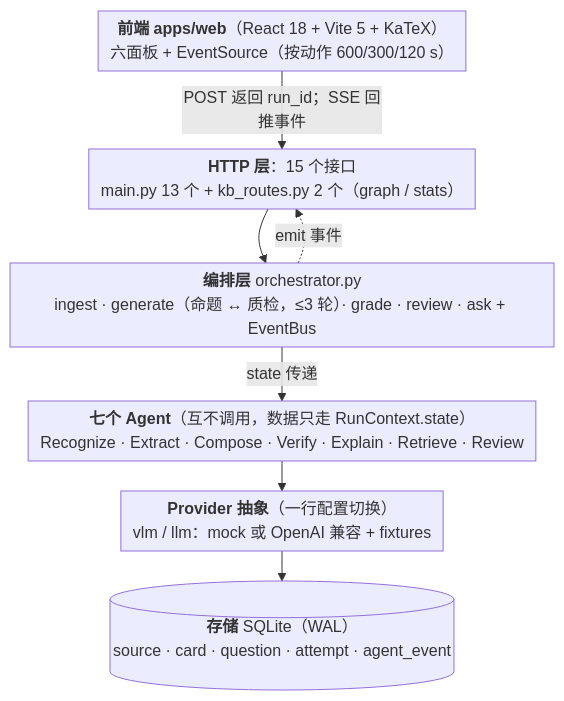
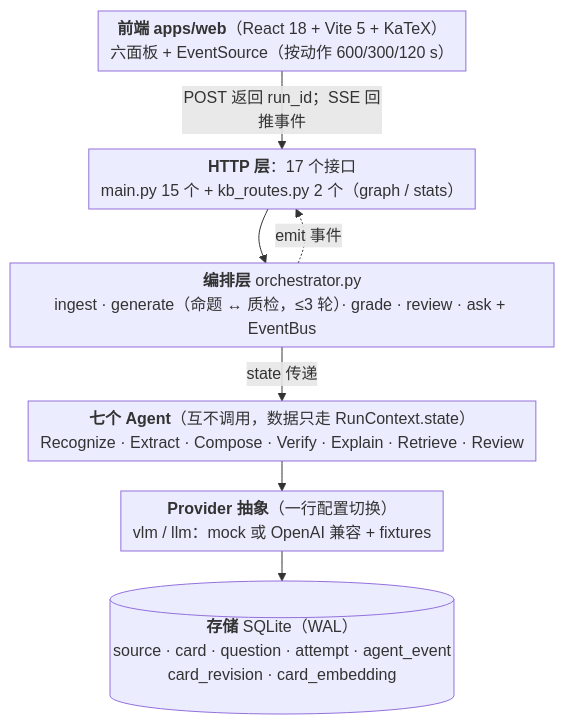
One commit to Td12138/yizhi-chengke changed the first of 2 diagrams in docs/技术文档.md. Above: the diagram before and after it, drawn with Mermaid. The commit also changed other lines of this file and 1 other file, not shown here.

````diff
--- a/docs/技术文档.md
+++ b/docs/技术文档.md
@@ -185,16 +176,16 @@
 ```mermaid
 %%{init: {"flowchart": {"wrappingWidth": 520, "nodeSpacing": 26, "rankSpacing": 30, "padding": 6}}}%%
 flowchart TB
   FE["<b>前端 apps/web</b>（React 18 + Vite 5 + KaTeX）<br/>六面板 + EventSource（按动作 600/300/120 s）"]
-  API["<b>HTTP 层</b>：15 个接口<br/>main.py 13 个 + kb_routes.py 2 个（graph / stats）"]
+  API["<b>HTTP 层</b>：17 个接口<br/>main.py 15 个 + kb_routes.py 2 个（graph / stats）"]
   ORC["<b>编排层</b> orchestrator.py<br/>ingest · generate（命题 ↔ 质检，≤3 轮）· grade · review · ask + EventBus"]
   AG["<b>七个 Agent</b>（互不调用，数据只走 RunContext.state）<br/>Recognize · Extract · Compose · Verify · Explain · Retrieve · Review"]
   PR["<b>Provider 抽象</b>（一行配置切换）<br/>vlm / llm：mock 或 OpenAI 兼容 + fixtures"]
-  ST[("<b>存储</b> SQLite（WAL）<br/>source · card · question · attempt · agent_event")]
+  ST[("<b>存储</b> SQLite（WAL）<br/>source · card · question · attempt · agent_event<br/>card_revision · card_embedding")]
   FE -->|"POST 返回 run_id；SSE 回推事件"| API
   API --> ORC
   ORC -->|"state 传递"| AG
   AG --> PR
   PR --> ST
   ORC -.->|"emit 事件"| API
 ```
````
